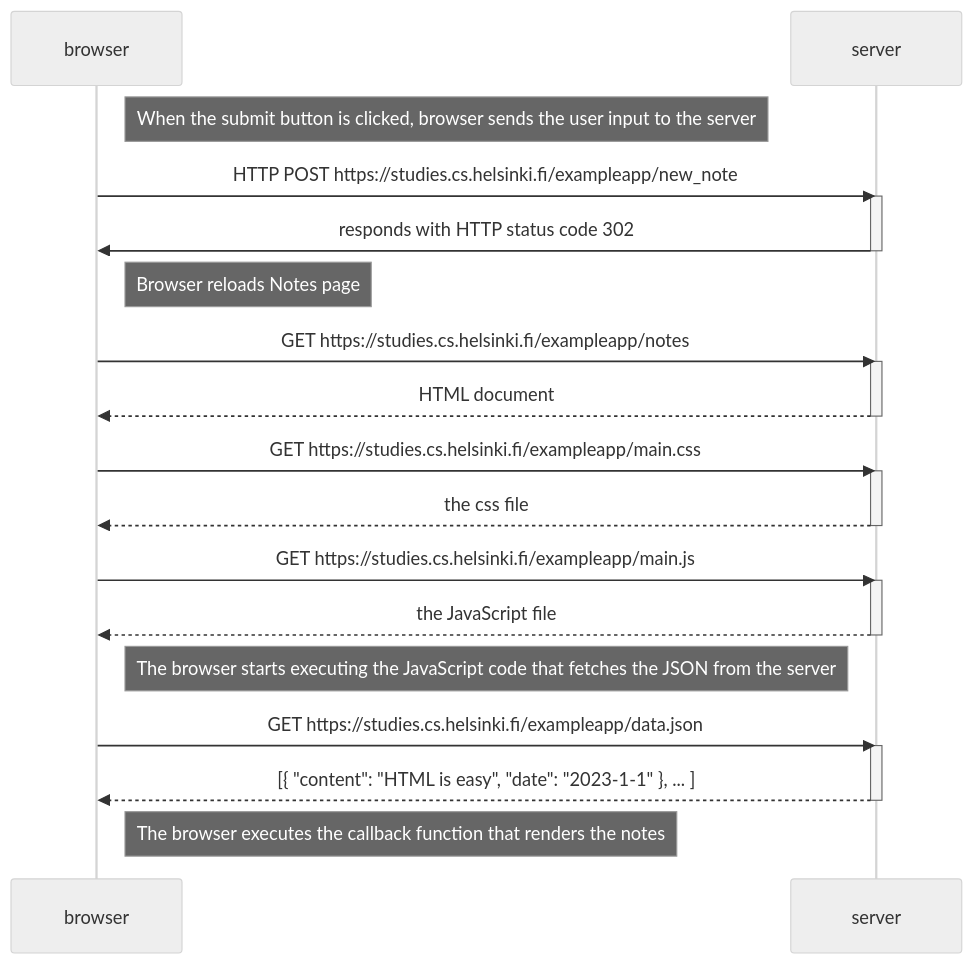
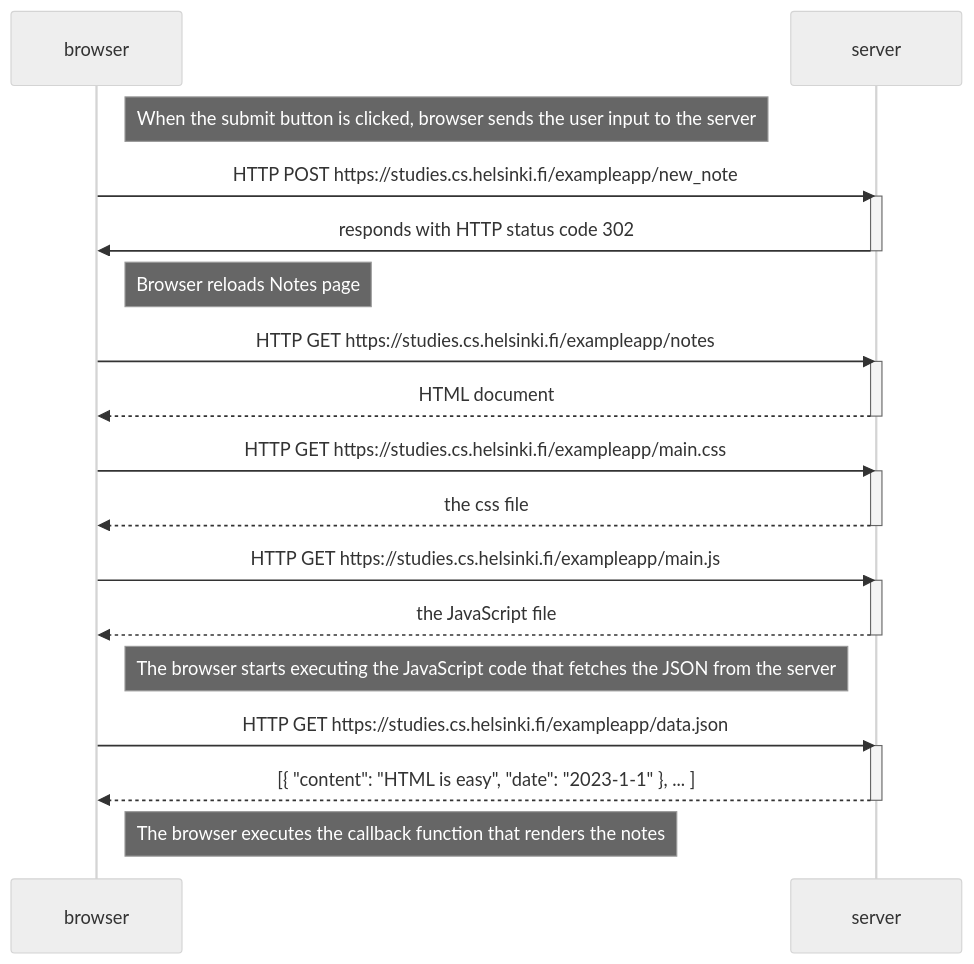
The diagram in part0/0.4.md (Auksely/fullStackOpen), drawn with Mermaid (neutral theme) before and after one commit.

````diff
--- a/part0/0.4.md
+++ b/part0/0.4.md
@@ -1,38 +1,38 @@
 ```mermaid
 sequenceDiagram
     participant browser
     participant server
 
     Note right of browser: When the submit button is clicked, browser sends the user input to the server
 
     browser->>server: HTTP POST https://studies.cs.helsinki.fi/exampleapp/new_note
     activate server
     server->>browser: responds with HTTP status code 302
     deactivate server
     Note right of browser: Browser reloads Notes page
 
-    browser->>server: GET https://studies.cs.helsinki.fi/exampleapp/notes
+    browser->>server: HTTP GET https://studies.cs.helsinki.fi/exampleapp/notes
     activate server
     server-->>browser: HTML document
     deactivate server
 
-    browser->>server: GET https://studies.cs.helsinki.fi/exampleapp/main.css
+    browser->>server: HTTP GET https://studies.cs.helsinki.fi/exampleapp/main.css
     activate server
     server-->>browser: the css file
     deactivate server
 
-    browser->>server: GET https://studies.cs.helsinki.fi/exampleapp/main.js
+    browser->>server: HTTP GET https://studies.cs.helsinki.fi/exampleapp/main.js
     activate server
     server-->>browser: the JavaScript file
     deactivate server
 
     Note right of browser: The browser starts executing the JavaScript code that fetches the JSON from the server
 
-    browser->>server: GET https://studies.cs.helsinki.fi/exampleapp/data.json
+    browser->>server: HTTP GET https://studies.cs.helsinki.fi/exampleapp/data.json
     activate server
     server-->>browser: [{ "content": "HTML is easy", "date": "2023-1-1" }, ... ]
     deactivate server
 
     Note right of browser: The browser executes the callback function that renders the notes
     
 ```
````
